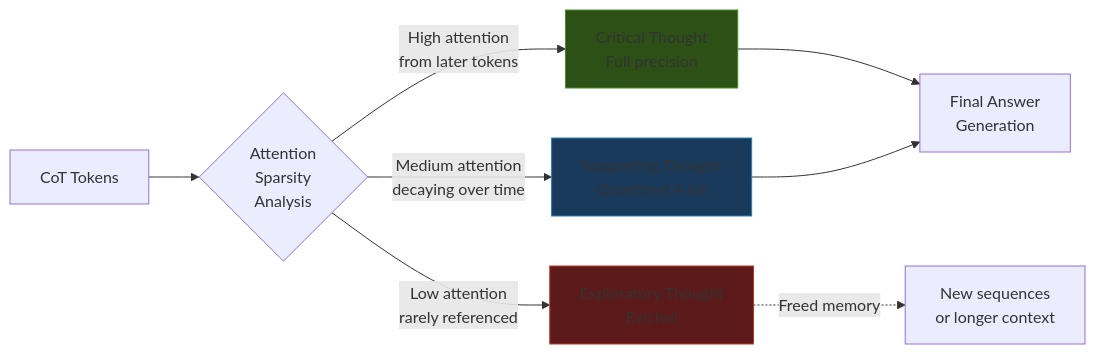
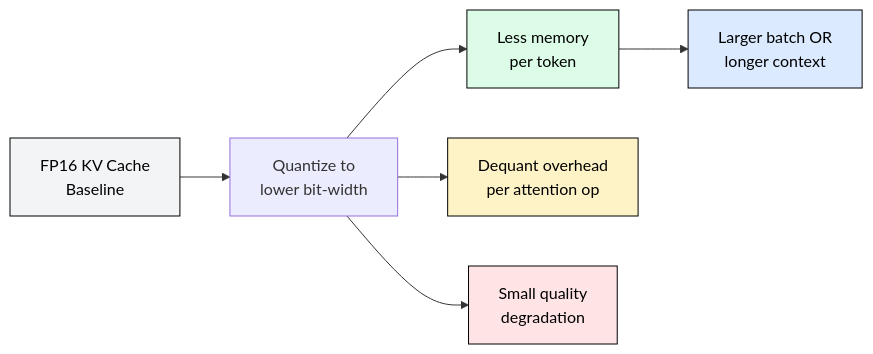
The first of 5 diagrams in content/04_kv_cache_engineering/04.2_kv_cache_compression/kv_cache_compression.md (harshuljain13/llm-inference-at-scale), drawn with Mermaid before and after one commit. The commit also changed other lines of this file and 15 other files, not shown here.

````diff
--- a/content/04_kv_cache_engineering/04.2_kv_cache_compression/kv_cache_compression.md
+++ b/content/04_kv_cache_engineering/04.2_kv_cache_compression/kv_cache_compression.md
@@ -416,15 +13,20 @@
 ```mermaid
-graph LR
-    A[CoT Tokens] --> B{Attention<br/>Sparsity<br/>Analysis}
-    B -->|High attention<br/>from later tokens| C[Critical Thought<br/>Full precision]
-    B -->|Medium attention<br/>decaying over time| D[Supporting Thought<br/>Quantized 4-bit]
-    B -->|Low attention<br/>rarely referenced| E[Exploratory Thought<br/>Evicted]
+flowchart LR
+    A["FP16 KV Cache
+Baseline"] --> B["Quantize to
+lower bit-width"]
+    B --> C["Less memory
+per token"]
+    C --> D["Larger batch OR
+longer context"]
+    B --> E["Dequant overhead
+per attention op"]
+    B --> F["Small quality
+degradation"]
 
-    C --> F[Final Answer<br/>Generation]
-    D --> F
-    E -.->|Freed memory| G[New sequences<br/>or longer context]
-
-    style C fill:#2d5016,stroke:#4a8c2a
-    style D fill:#1a3a5c,stroke:#2980b9
-    style E fill:#5c1a1a,stroke:#c0392b
+    style A fill:#f3f4f6,stroke:#000,color:#000
+    style C fill:#dcfce7,stroke:#000,color:#000
+    style D fill:#dbeafe,stroke:#000,color:#000
+    style E fill:#fef3c7,stroke:#000,color:#000
+    style F fill:#ffe4e6,stroke:#000,color:#000
 ```
````
